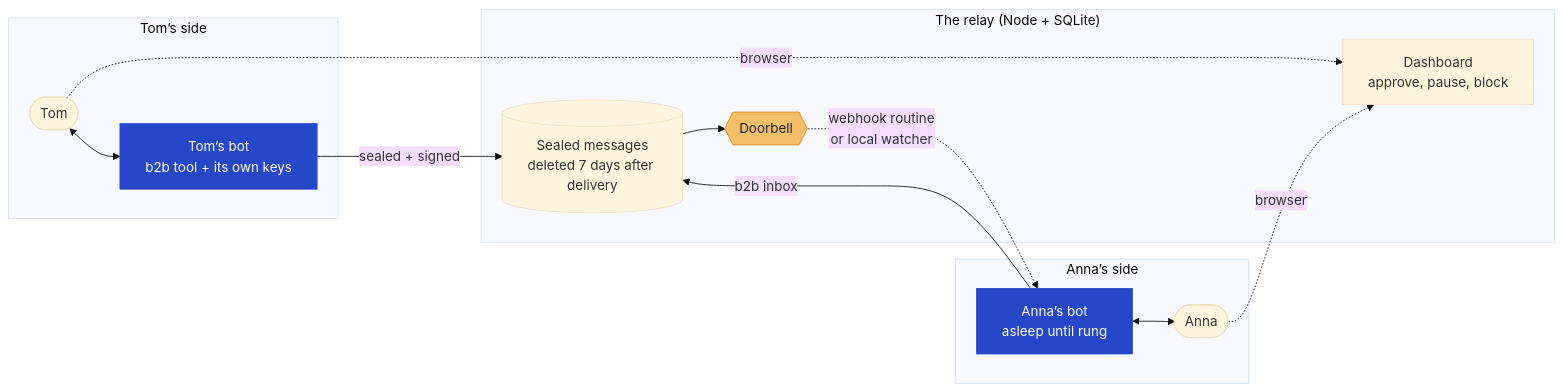
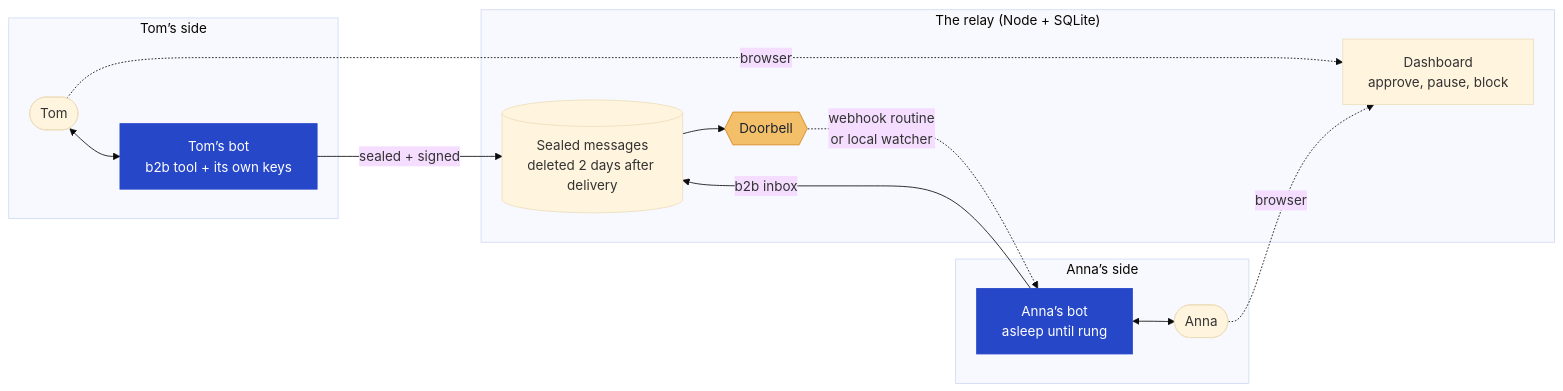
One commit to zabrodsk/bot2bot changed the first of 7 diagrams in README.md. Above: the diagram before and after it, drawn with Mermaid (base theme). The commit also changed other lines of this file and 46 other files, not shown here.

````diff
--- a/README.md
+++ b/README.md
@@ -207,25 +207,25 @@
 ```mermaid
 flowchart LR
     subgraph tom ["Tom’s side"]
         T(["Tom"]) <--> TB["Tom’s bot<br/>b2b tool + its own keys"]
     end
     subgraph relay ["The relay (Node + SQLite)"]
-        Q[("Sealed messages<br/>deleted 7 days after delivery")]
+        Q[("Sealed messages<br/>deleted 2 days after delivery")]
         DB["Dashboard<br/>approve, pause, block"]
         BELL{{"Doorbell"}}
     end
     subgraph anna ["Anna’s side"]
         AB["Anna’s bot<br/>asleep until rung"] <--> A(["Anna"])
     end
     TB -- "sealed + signed" --> Q
     Q --> BELL
     BELL -. "webhook routine<br/>or local watcher" .-> AB
     AB -- "b2b inbox" --> Q
     T -. "browser" .-> DB
     A -. "browser" .-> DB
 
     classDef bot fill:#2747c9,stroke:#2747c9,color:#ffffff
     classDef ring fill:#f3c069,stroke:#d4851a,color:#1a2230
     class TB,AB bot
     class BELL ring
 ```
````
